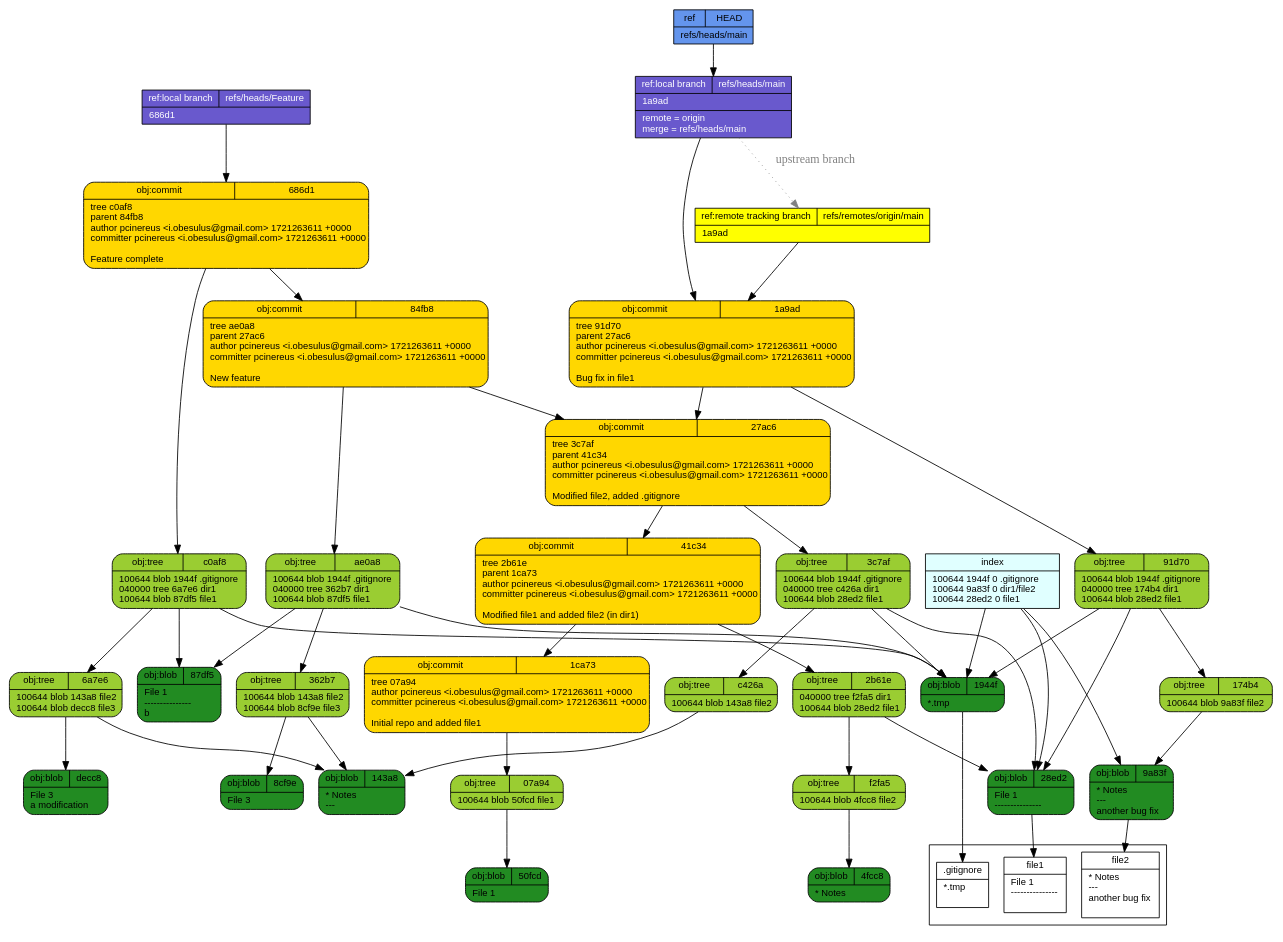
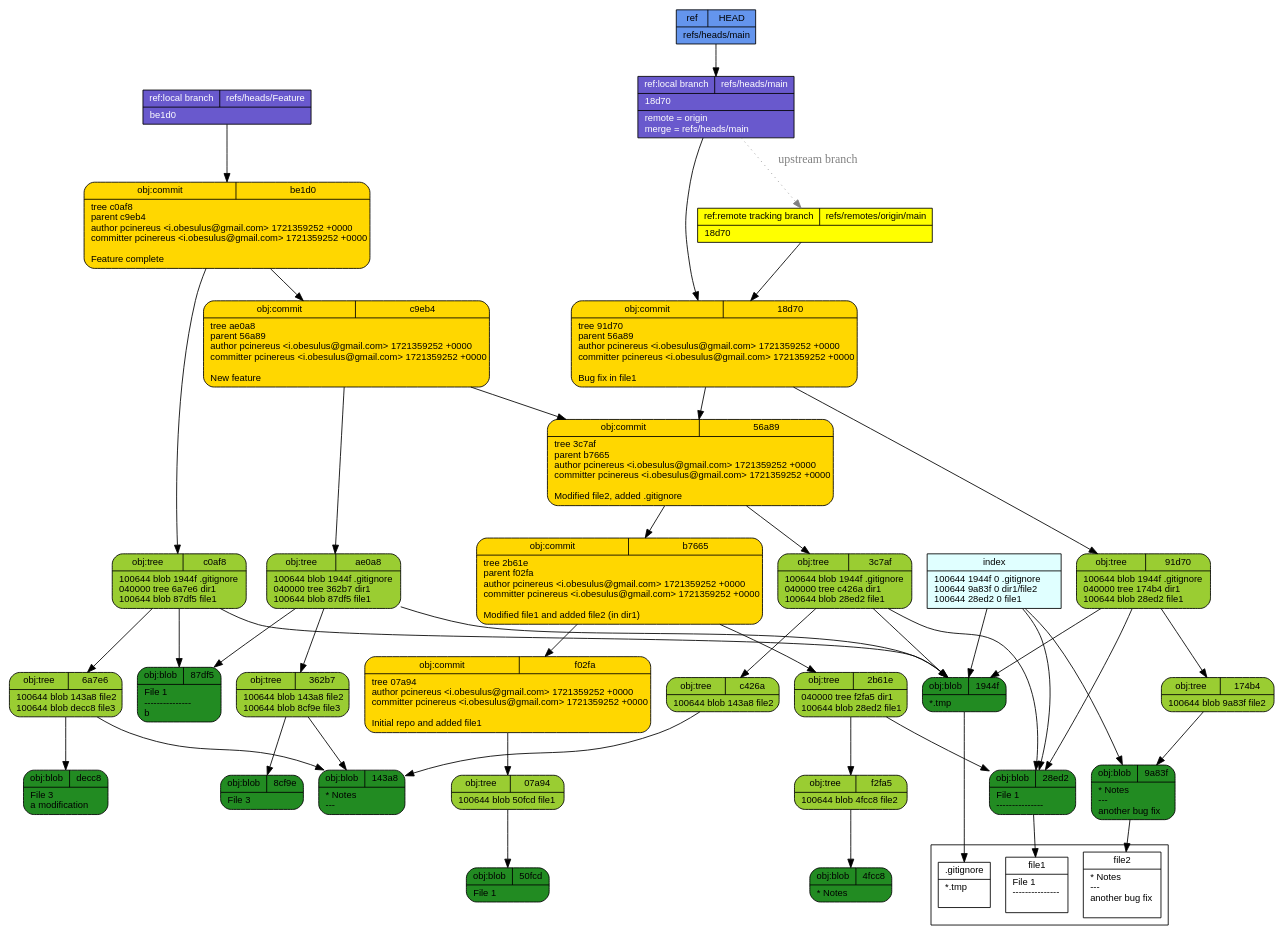
The diagram in tut/git-draw.dot (pcinereus/SUYRs_documents), drawn with Graphviz before and after one commit. The commit also changed 642 other files, not shown here.

```diff
--- a/tut/git-draw.dot
+++ b/tut/git-draw.dot
@@ -1,57 +1,57 @@
 digraph structs {
   node [shape=record,fontsize=11,fontname="arial"];
   rankdir="TB";
   _f2fa5 [fillcolor="yellowgreen", style="filled,rounded", label="{{obj:tree|f2fa5}|100644\ blob\ 4fcc8\	file2\l}"]  _f2fa5 -> _4fcc8
-  _1ca73 [fillcolor="gold", style="filled,rounded", label="{{obj:commit|1ca73}|tree\ 07a94\lauthor\ pcinereus\ \<i\.obesulus\@gmail\.com\>\ 1721263611\ \+0000\lcommitter\ pcinereus\ \<i\.obesulus\@gmail\.com\>\ 1721263611\ \+0000\l\lInitial\ repo\ and\ added\ file1\l}"]  _1ca73 -> _07a94
   _07a94 [fillcolor="yellowgreen", style="filled,rounded", label="{{obj:tree|07a94}|100644\ blob\ 50fcd\	file1\l}"]  _07a94 -> _50fcd
   _143a8 [fillcolor="forestgreen", style="filled,rounded", label="{{obj:blob|143a8}|\*\ Notes\l\-\-\-\l}"]  _c0af8 [fillcolor="yellowgreen", style="filled,rounded", label="{{obj:tree|c0af8}|100644\ blob\ 1944f\	\.gitignore\l040000\ tree\ 6a7e6\	dir1\l100644\ blob\ 87df5\	file1\l}"]  _c0af8 -> _1944f
   _c0af8 -> _6a7e6
   _c0af8 -> _87df5
-  _84fb8 [fillcolor="gold", style="filled,rounded", label="{{obj:commit|84fb8}|tree\ ae0a8\lparent\ 27ac6\lauthor\ pcinereus\ \<i\.obesulus\@gmail\.com\>\ 1721263611\ \+0000\lcommitter\ pcinereus\ \<i\.obesulus\@gmail\.com\>\ 1721263611\ \+0000\l\lNew\ feature\l}"]  _84fb8 -> _ae0a8
-  _84fb8 -> _27ac6
   _4fcc8 [fillcolor="forestgreen", style="filled,rounded", label="{{obj:blob|4fcc8}|\*\ Notes\l}"]  _c426a [fillcolor="yellowgreen", style="filled,rounded", label="{{obj:tree|c426a}|100644\ blob\ 143a8\	file2\l}"]  _c426a -> _143a8
-  _1944f [fillcolor="forestgreen", style="filled,rounded", label="{{obj:blob|1944f}|\*\.tmp\l}"]  _50fcd [fillcolor="forestgreen", style="filled,rounded", label="{{obj:blob|50fcd}|File\ 1\l}"]  _8cf9e [fillcolor="forestgreen", style="filled,rounded", label="{{obj:blob|8cf9e}|File\ 3\l}"]  _91d70 [fillcolor="yellowgreen", style="filled,rounded", label="{{obj:tree|91d70}|100644\ blob\ 1944f\	\.gitignore\l040000\ tree\ 174b4\	dir1\l100644\ blob\ 28ed2\	file1\l}"]  _91d70 -> _1944f
+  _1944f [fillcolor="forestgreen", style="filled,rounded", label="{{obj:blob|1944f}|\*\.tmp\l}"]  _50fcd [fillcolor="forestgreen", style="filled,rounded", label="{{obj:blob|50fcd}|File\ 1\l}"]  _c9eb4 [fillcolor="gold", style="filled,rounded", label="{{obj:commit|c9eb4}|tree\ ae0a8\lparent\ 56a89\lauthor\ pcinereus\ \<i\.obesulus\@gmail\.com\>\ 1721359252\ \+0000\lcommitter\ pcinereus\ \<i\.obesulus\@gmail\.com\>\ 1721359252\ \+0000\l\lNew\ feature\l}"]  _c9eb4 -> _ae0a8
+  _c9eb4 -> _56a89
+  _8cf9e [fillcolor="forestgreen", style="filled,rounded", label="{{obj:blob|8cf9e}|File\ 3\l}"]  _f02fa [fillcolor="gold", style="filled,rounded", label="{{obj:commit|f02fa}|tree\ 07a94\lauthor\ pcinereus\ \<i\.obesulus\@gmail\.com\>\ 1721359252\ \+0000\lcommitter\ pcinereus\ \<i\.obesulus\@gmail\.com\>\ 1721359252\ \+0000\l\lInitial\ repo\ and\ added\ file1\l}"]  _f02fa -> _07a94
+  _91d70 [fillcolor="yellowgreen", style="filled,rounded", label="{{obj:tree|91d70}|100644\ blob\ 1944f\	\.gitignore\l040000\ tree\ 174b4\	dir1\l100644\ blob\ 28ed2\	file1\l}"]  _91d70 -> _1944f
   _91d70 -> _174b4
   _91d70 -> _28ed2
-  _27ac6 [fillcolor="gold", style="filled,rounded", label="{{obj:commit|27ac6}|tree\ 3c7af\lparent\ 41c34\lauthor\ pcinereus\ \<i\.obesulus\@gmail\.com\>\ 1721263611\ \+0000\lcommitter\ pcinereus\ \<i\.obesulus\@gmail\.com\>\ 1721263611\ \+0000\l\lModified\ file2\,\ added\ \.gitignore\l}"]  _27ac6 -> _3c7af
-  _27ac6 -> _41c34
-  _9a83f [fillcolor="forestgreen", style="filled,rounded", label="{{obj:blob|9a83f}|\*\ Notes\l\-\-\-\l\ another\ bug\ fix\l}"]  _686d1 [fillcolor="gold", style="filled,rounded", label="{{obj:commit|686d1}|tree\ c0af8\lparent\ 84fb8\lauthor\ pcinereus\ \<i\.obesulus\@gmail\.com\>\ 1721263611\ \+0000\lcommitter\ pcinereus\ \<i\.obesulus\@gmail\.com\>\ 1721263611\ \+0000\l\lFeature\ complete\l}"]  _686d1 -> _c0af8
-  _686d1 -> _84fb8
+  _9a83f [fillcolor="forestgreen", style="filled,rounded", label="{{obj:blob|9a83f}|\*\ Notes\l\-\-\-\l\ another\ bug\ fix\l}"]  _be1d0 [fillcolor="gold", style="filled,rounded", label="{{obj:commit|be1d0}|tree\ c0af8\lparent\ c9eb4\lauthor\ pcinereus\ \<i\.obesulus\@gmail\.com\>\ 1721359252\ \+0000\lcommitter\ pcinereus\ \<i\.obesulus\@gmail\.com\>\ 1721359252\ \+0000\l\lFeature\ complete\l}"]  _be1d0 -> _c0af8
+  _be1d0 -> _c9eb4
   _ae0a8 [fillcolor="yellowgreen", style="filled,rounded", label="{{obj:tree|ae0a8}|100644\ blob\ 1944f\	\.gitignore\l040000\ tree\ 362b7\	dir1\l100644\ blob\ 87df5\	file1\l}"]  _ae0a8 -> _1944f
   _ae0a8 -> _362b7
   _ae0a8 -> _87df5
-  _41c34 [fillcolor="gold", style="filled,rounded", label="{{obj:commit|41c34}|tree\ 2b61e\lparent\ 1ca73\lauthor\ pcinereus\ \<i\.obesulus\@gmail\.com\>\ 1721263611\ \+0000\lcommitter\ pcinereus\ \<i\.obesulus\@gmail\.com\>\ 1721263611\ \+0000\l\lModified\ file1\ and\ added\ file2\ \(in\ dir1\)\l}"]  _41c34 -> _2b61e
-  _41c34 -> _1ca73
-  _1a9ad [fillcolor="gold", style="filled,rounded", label="{{obj:commit|1a9ad}|tree\ 91d70\lparent\ 27ac6\lauthor\ pcinereus\ \<i\.obesulus\@gmail\.com\>\ 1721263611\ \+0000\lcommitter\ pcinereus\ \<i\.obesulus\@gmail\.com\>\ 1721263611\ \+0000\l\lBug\ fix\ in\ file1\l}"]  _1a9ad -> _91d70
-  _1a9ad -> _27ac6
+  _18d70 [fillcolor="gold", style="filled,rounded", label="{{obj:commit|18d70}|tree\ 91d70\lparent\ 56a89\lauthor\ pcinereus\ \<i\.obesulus\@gmail\.com\>\ 1721359252\ \+0000\lcommitter\ pcinereus\ \<i\.obesulus\@gmail\.com\>\ 1721359252\ \+0000\l\lBug\ fix\ in\ file1\l}"]  _18d70 -> _91d70
+  _18d70 -> _56a89
   _2b61e [fillcolor="yellowgreen", style="filled,rounded", label="{{obj:tree|2b61e}|040000\ tree\ f2fa5\	dir1\l100644\ blob\ 28ed2\	file1\l}"]  _2b61e -> _f2fa5
   _2b61e -> _28ed2
   _87df5 [fillcolor="forestgreen", style="filled,rounded", label="{{obj:blob|87df5}|File\ 1\l\-\-\-\-\-\-\-\-\-\-\-\-\-\-\-\lb\l}"]  _362b7 [fillcolor="yellowgreen", style="filled,rounded", label="{{obj:tree|362b7}|100644\ blob\ 143a8\	file2\l100644\ blob\ 8cf9e\	file3\l}"]  _362b7 -> _143a8
   _362b7 -> _8cf9e
   _3c7af [fillcolor="yellowgreen", style="filled,rounded", label="{{obj:tree|3c7af}|100644\ blob\ 1944f\	\.gitignore\l040000\ tree\ c426a\	dir1\l100644\ blob\ 28ed2\	file1\l}"]  _3c7af -> _1944f
   _3c7af -> _c426a
   _3c7af -> _28ed2
   _28ed2 [fillcolor="forestgreen", style="filled,rounded", label="{{obj:blob|28ed2}|File\ 1\l\-\-\-\-\-\-\-\-\-\-\-\-\-\-\-\l}"]  _6a7e6 [fillcolor="yellowgreen", style="filled,rounded", label="{{obj:tree|6a7e6}|100644\ blob\ 143a8\	file2\l100644\ blob\ decc8\	file3\l}"]  _6a7e6 -> _143a8
   _6a7e6 -> _decc8
   _174b4 [fillcolor="yellowgreen", style="filled,rounded", label="{{obj:tree|174b4}|100644\ blob\ 9a83f\	file2\l}"]  _174b4 -> _9a83f
-  _decc8 [fillcolor="forestgreen", style="filled,rounded", label="{{obj:blob|decc8}|File\ 3\l\ a\ modification\l}"]  _refs___heads___Feature [style=filled, fillcolor=slateblue3, fontcolor = white,  label="{{ref:local branch|refs\/heads\/Feature}|686d1\l}"]
-  _refs___heads___Feature -> _686d1
+  _decc8 [fillcolor="forestgreen", style="filled,rounded", label="{{obj:blob|decc8}|File\ 3\l\ a\ modification\l}"]  _b7665 [fillcolor="gold", style="filled,rounded", label="{{obj:commit|b7665}|tree\ 2b61e\lparent\ f02fa\lauthor\ pcinereus\ \<i\.obesulus\@gmail\.com\>\ 1721359252\ \+0000\lcommitter\ pcinereus\ \<i\.obesulus\@gmail\.com\>\ 1721359252\ \+0000\l\lModified\ file1\ and\ added\ file2\ \(in\ dir1\)\l}"]  _b7665 -> _2b61e
+  _b7665 -> _f02fa
+  _56a89 [fillcolor="gold", style="filled,rounded", label="{{obj:commit|56a89}|tree\ 3c7af\lparent\ b7665\lauthor\ pcinereus\ \<i\.obesulus\@gmail\.com\>\ 1721359252\ \+0000\lcommitter\ pcinereus\ \<i\.obesulus\@gmail\.com\>\ 1721359252\ \+0000\l\lModified\ file2\,\ added\ \.gitignore\l}"]  _56a89 -> _3c7af
+  _56a89 -> _b7665
+  _refs___heads___Feature [style=filled, fillcolor=slateblue3, fontcolor = white,  label="{{ref:local branch|refs\/heads\/Feature}|be1d0\l}"]
+  _refs___heads___Feature -> _be1d0
   _refs___heads___main -> _refs___remotes___origin___main [style=dotted, color=gray, fontcolor=gray, label="upstream branch"]
-  _refs___heads___main [style=filled, fillcolor=slateblue3, fontcolor = white,  label="{{ref:local branch|refs\/heads\/main}|1a9ad\l|remote\ \=\ origin\lmerge\ \=\ refs\/heads\/main\l}"]
-  _refs___heads___main -> _1a9ad
-  _refs___remotes___origin___main [style=filled, fillcolor=yellow, fontcolor = black,  label="{{ref:remote tracking branch|refs\/remotes\/origin\/main}|1a9ad\l}"]
-  _refs___remotes___origin___main -> _1a9ad
+  _refs___heads___main [style=filled, fillcolor=slateblue3, fontcolor = white,  label="{{ref:local branch|refs\/heads\/main}|18d70\l|remote\ \=\ origin\lmerge\ \=\ refs\/heads\/main\l}"]
+  _refs___heads___main -> _18d70
+  _refs___remotes___origin___main [style=filled, fillcolor=yellow, fontcolor = black,  label="{{ref:remote tracking branch|refs\/remotes\/origin\/main}|18d70\l}"]
+  _refs___remotes___origin___main -> _18d70
   _HEAD [style=filled, fillcolor=cornflowerblue, fontcolor=black,  label="{{ref|HEAD}|refs\/heads\/main\l}"]
   _HEAD -> _refs___heads___main
   index -> _1944f
   index -> _9a83f
   index -> _28ed2
   index [style=filled, fillcolor=lightcyan, label="{{index}|100644\ 1944f\ 0\	\.gitignore\l100644\ 9a83f\ 0\	dir1\/file2\l100644\ 28ed2\ 0\	file1\l}"]
 subgraph cluster_1 {rank=sink  _gitignore [fillcolor="white", label="{{.gitignore}|*.tmp\l\l}"] 
   _file2 [fillcolor="white", label="{{file2}|* Notes\l---\l another bug fix\l\l}"] 
   _file1 [fillcolor="white", label="{{file1}|File 1\l---------------\l\l}"] 
 }
  _1944f -> _gitignore
  _9a83f -> _file2
  _28ed2 -> _file1
 }
```
